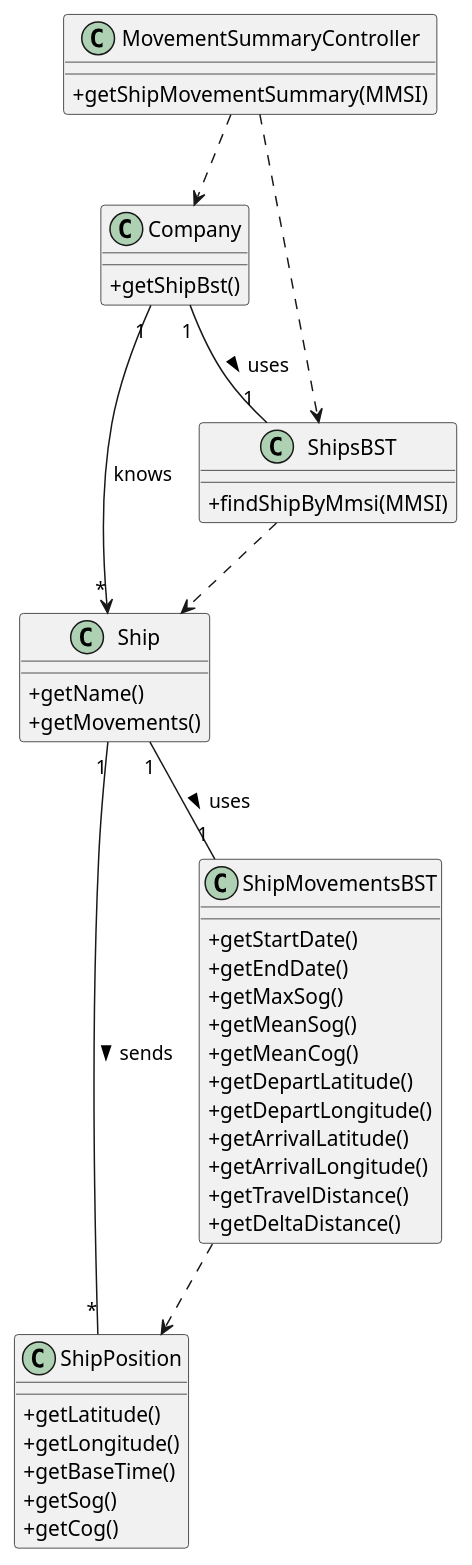
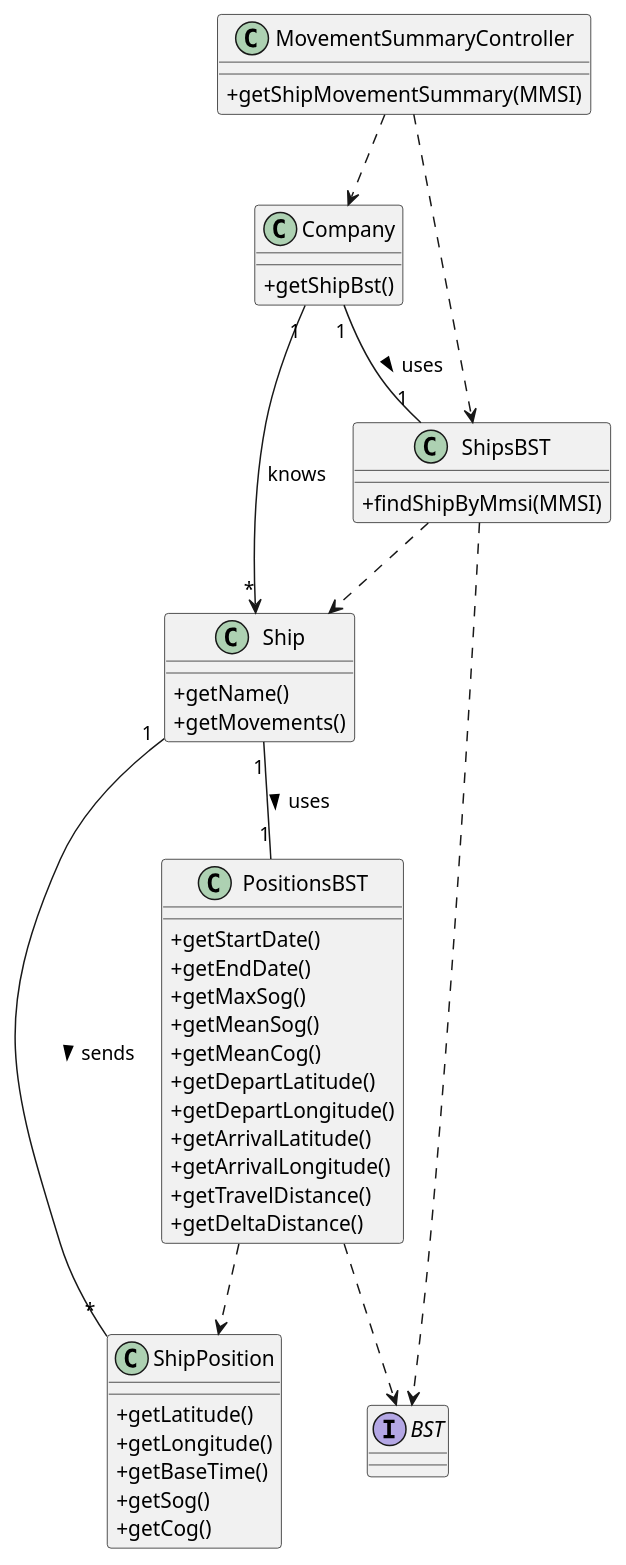
The diagram in docs/US104/CD_104.puml (ana-albergaria/LAPR3-ISEP), drawn with PlantUML before and after one commit. The commit also changed 4 other files, not shown here.

```diff
--- a/docs/US104/CD_104.puml
+++ b/docs/US104/CD_104.puml
@@ -1,53 +1,57 @@
 @startuml
 skinparam classAttributeIconSize 0
 
 class Company{
     +getShipBst()
 }
+Interface BST{}
 
 class Ship {
     +getName()
     +getMovements()
 }
 
 class ShipsBST{
     +findShipByMmsi(MMSI)
 }
 
 class ShipPosition{
     +getLatitude()
     +getLongitude()
     +getBaseTime()
     +getSog()
     +getCog()
 }
 
-class ShipMovementsBST {
+class PositionsBST {
     +getStartDate()
     +getEndDate()
     +getMaxSog()
     +getMeanSog()
     +getMeanCog()
     +getDepartLatitude()
     +getDepartLongitude()
     +getArrivalLatitude()
     +getArrivalLongitude()
     +getTravelDistance()
     +getDeltaDistance()
 }
 
 
 class MovementSummaryController {
 +getShipMovementSummary(MMSI)
 }
 
 
 MovementSummaryController ..> Company
 MovementSummaryController ..> ShipsBST
 Company "1" --> "*" Ship : knows
 Company "1" -- "1" ShipsBST : uses >
 ShipsBST ..> Ship
 Ship "1" -- "*" ShipPosition : sends >
-Ship "1" -- "1" ShipMovementsBST : uses >
-ShipMovementsBST ..> ShipPosition
+Ship "1" -- "1" PositionsBST : uses >
+PositionsBST ..> ShipPosition
+ShipsBST ..> BST
+PositionsBST ..> BST
+
 @enduml
```
